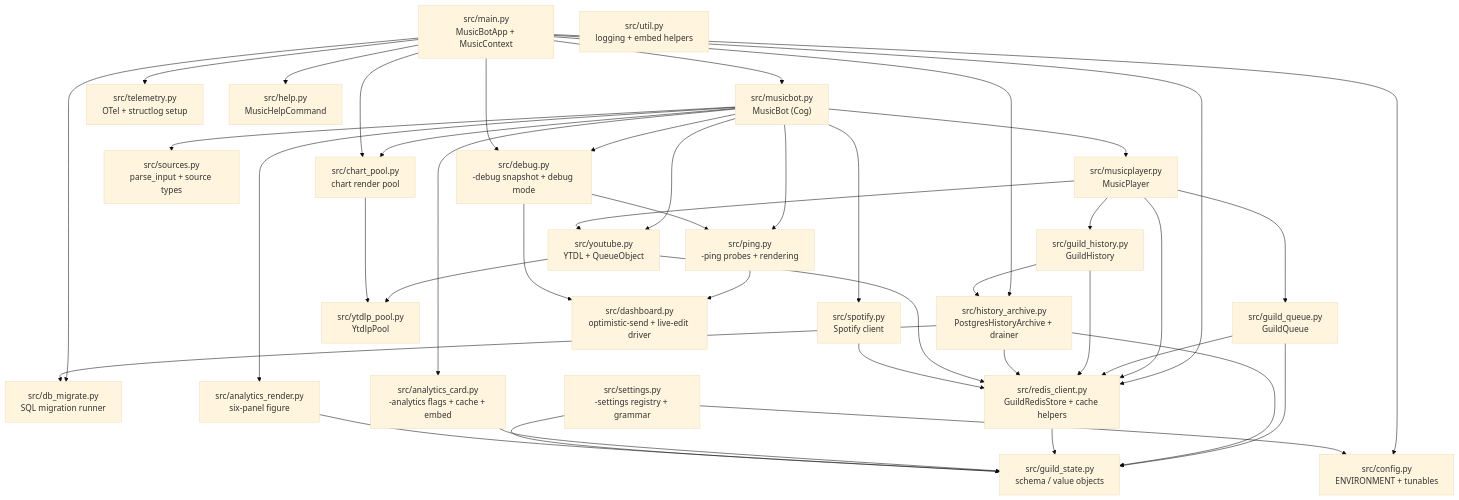
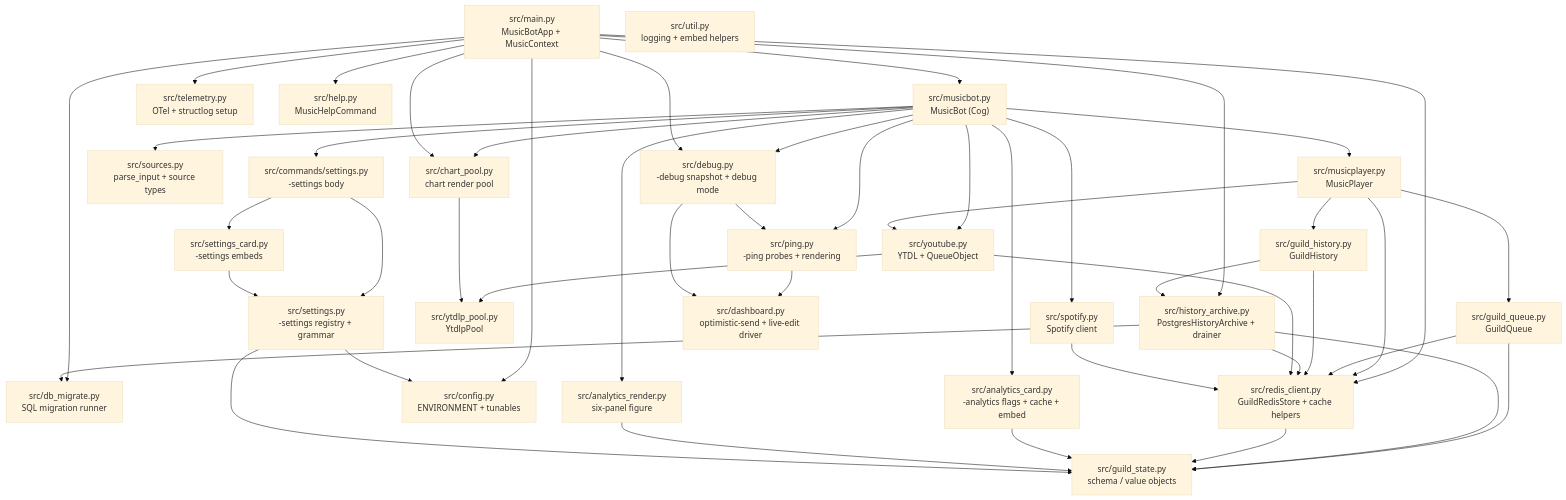
One commit to kawadeomkar/discord-music-bot changed the third of 15 diagrams in docs/ARCHITECTURE.md. Above: the diagram before and after it, drawn with Mermaid (base theme). The commit also changed other lines of this file and 18 other files, not shown here.

````diff
--- a/docs/ARCHITECTURE.md
+++ b/docs/ARCHITECTURE.md
@@ -166,69 +166,75 @@
 ```mermaid
 graph TD
     main["src/main.py\nMusicBotApp + MusicContext"]
     musicbot["src/musicbot.py\nMusicBot (Cog)"]
     musicplayer["src/musicplayer.py\nMusicPlayer"]
     guild_queue["src/guild_queue.py\nGuildQueue"]
     guild_history["src/guild_history.py\nGuildHistory"]
     guild_state["src/guild_state.py\nschema / value objects"]
     history_archive["src/history_archive.py\nPostgresHistoryArchive + drainer"]
     db["src/db_migrate.py\nSQL migration runner"]
     youtube["src/youtube.py\nYTDL + QueueObject"]
     ytdlp_pool["src/ytdlp_pool.py\nYtdlpPool"]
     sources["src/sources.py\nparse_input + source types"]
     spotify["src/spotify.py\nSpotify client"]
     redis_client["src/redis_client.py\nGuildRedisStore + cache helpers"]
     telemetry["src/telemetry.py\nOTel + structlog setup"]
     config["src/config.py\nENVIRONMENT + tunables"]
     settings_mod["src/settings.py\n-settings registry + grammar"]
+    settings_cmd["src/commands/settings.py\n-settings body"]
+    settings_card["src/settings_card.py\n-settings embeds"]
     help_cmd["src/help.py\nMusicHelpCommand"]
     dashboard["src/dashboard.py\noptimistic-send + live-edit driver"]
     ping["src/ping.py\n-ping probes + rendering"]
     debug_mod["src/debug.py\n-debug snapshot + debug mode"]
     analytics_card["src/analytics_card.py\n-analytics flags + cache + embed"]
     analytics_render["src/analytics_render.py\nsix-panel figure"]
     chart_pool["src/chart_pool.py\nchart render pool"]
     util["src/util.py\nlogging + embed helpers"]
 
     main --> musicbot
     main --> redis_client
     main --> telemetry
     main --> config
     main --> help_cmd
     main --> db
     main --> history_archive
     musicbot --> musicplayer
     musicbot --> ping
     musicbot --> debug_mod
     ping --> dashboard
     debug_mod --> dashboard
     debug_mod --> ping
     main --> debug_mod
     musicbot --> sources
     musicbot --> spotify
     musicbot --> youtube
     musicplayer --> guild_queue
     musicplayer --> guild_history
     musicplayer --> youtube
     musicplayer --> redis_client
     guild_queue --> guild_state
     guild_queue --> redis_client
     guild_history --> redis_client
     guild_history --> history_archive
     history_archive --> db
     history_archive --> guild_state
     history_archive --> redis_client
     redis_client --> guild_state
     youtube --> redis_client
     youtube --> ytdlp_pool
     musicbot --> analytics_card
     musicbot --> analytics_render
     musicbot --> chart_pool
     analytics_card --> guild_state
     analytics_render --> guild_state
     chart_pool --> ytdlp_pool
     main --> chart_pool
     spotify --> redis_client
     settings_mod --> config
     settings_mod --> guild_state
+    musicbot --> settings_cmd
+    settings_cmd --> settings_mod
+    settings_cmd --> settings_card
+    settings_card --> settings_mod
 ```
````
